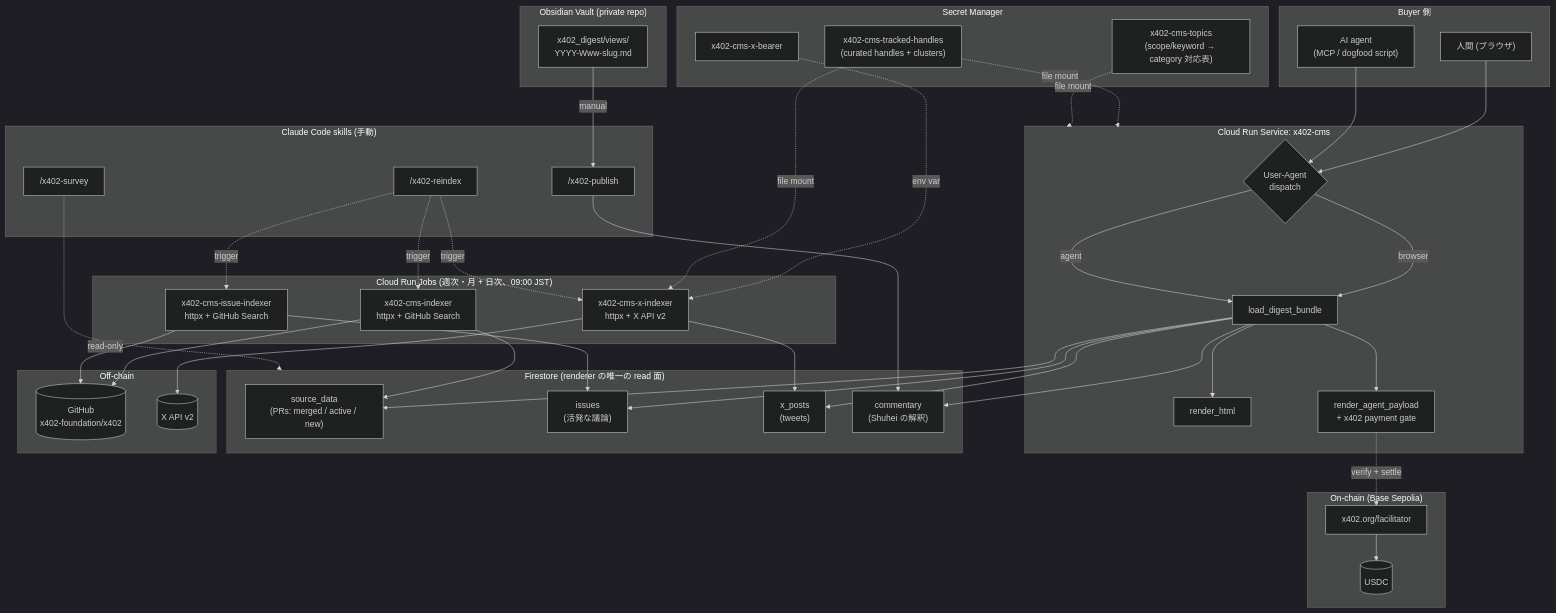
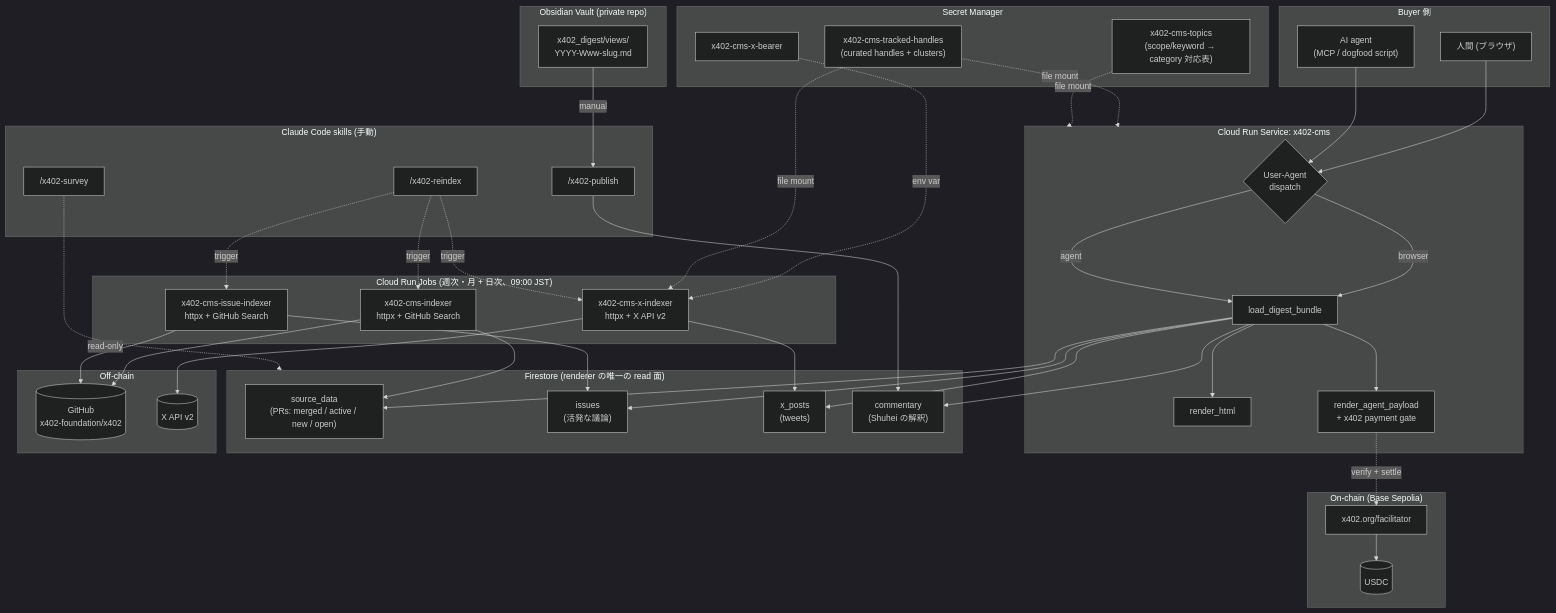
Before and after one commit to shuhei0866/x402-cms: the first of 5 diagrams in docs/architecture.ja.md, drawn with Mermaid (dark theme). The commit also changed other lines of this file and 10 other files, not shown here.

```diff
--- a/docs/architecture.ja.md
+++ b/docs/architecture.ja.md
@@ -37,7 +37,7 @@
   end
 
   subgraph FS["Firestore (renderer の唯一の read 面)"]
-    SrcCol["source_data<br/>(PRs: merged / active / new)"]
+    SrcCol["source_data<br/>(PRs: merged / active / new / open)"]
     IssueCol["issues<br/>(活発な議論)"]
     XCol["x_posts<br/>(tweets)"]
     CommCol["commentary<br/>(Shuhei の解釈)"]
```
